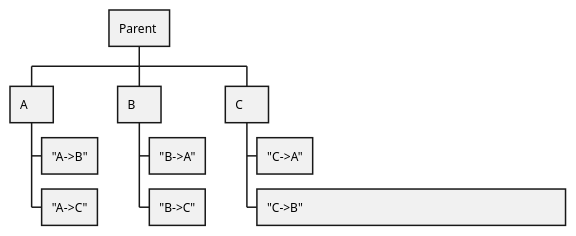
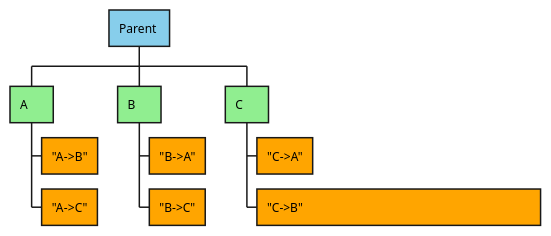
One commit to JulesKouatchou/sample_flowcharts changed the diagram in sample_1.iuml. Above: the diagram before and after it, drawn with PlantUML.

```diff
--- a/sample_1.iuml
+++ b/sample_1.iuml
@@ -1,12 +1,12 @@
 @startwbs
-+ Parent 
-++ A     
-+++ "A->B"
-+++ "A->C"
-++ B     
-+++ "B->A"
-+++ "B->C"
-++ C     
-+++ "C->A"
-+++ "C->B"                                                                                 
++[#SkyBlue] Parent 
+++[#lightgreen] A     
++++[#Orange] "A->B"
++++[#Orange] "A->C"
+++[#lightgreen] B     
++++[#Orange] "B->A"
++++[#Orange] "B->C"
+++[#lightgreen] C     
++++[#Orange] "C->A"
++++[#Orange] "C->B"                                                                         
 @endwbs
```
